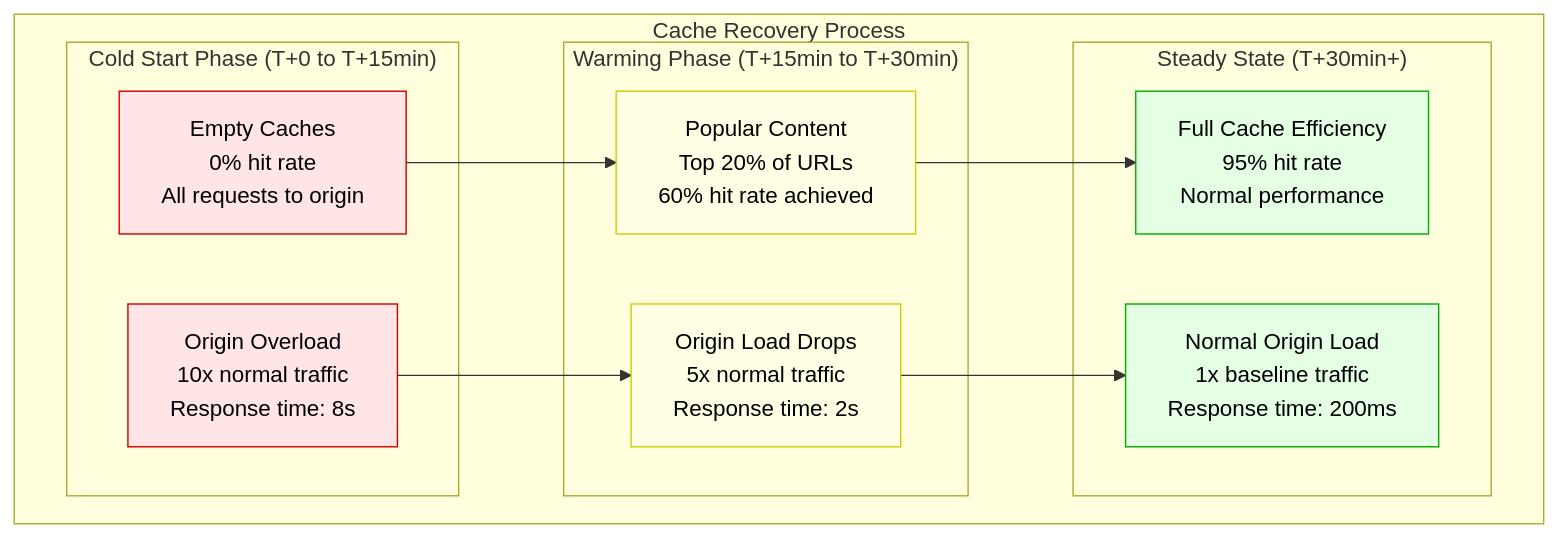
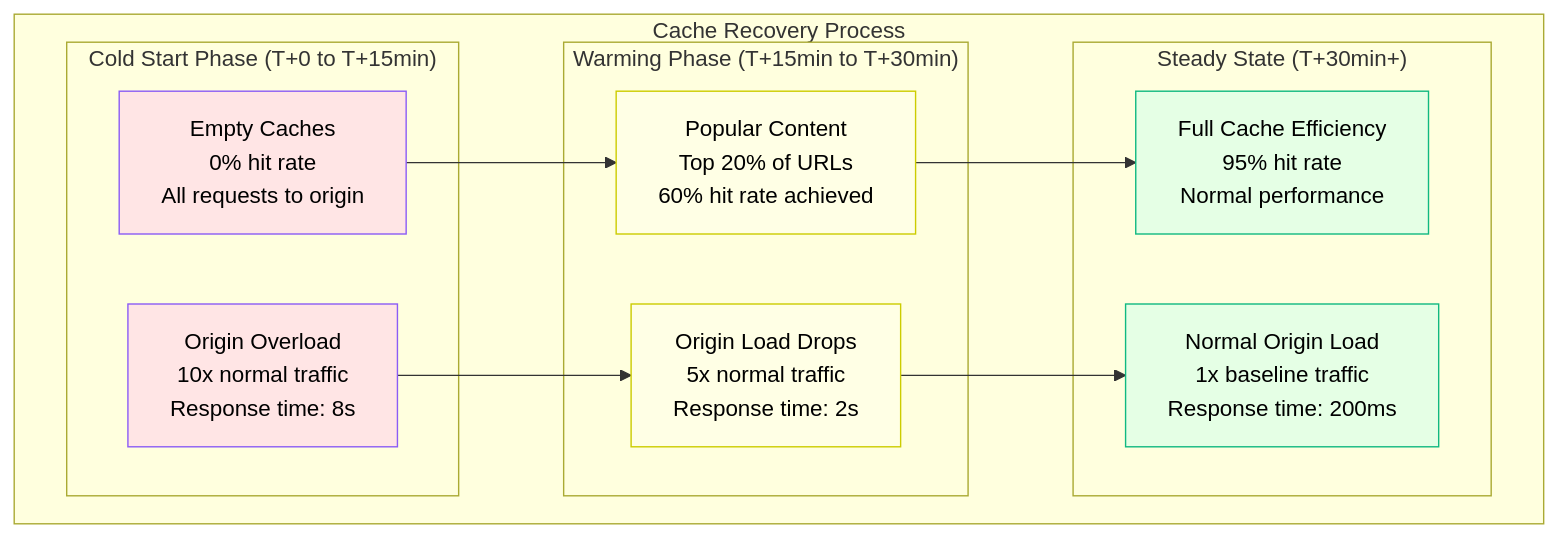
One commit to deepaucksharma/DS changed the third of 3 diagrams in site/docs/incidents/fastly-2021.md. Above: the diagram before and after it, drawn with Mermaid. The commit also changed other lines of this file and 303 other files, not shown here.

````diff
--- a/site/docs/incidents/fastly-2021.md
+++ b/site/docs/incidents/fastly-2021.md
@@ -406,33 +406,33 @@
 ```mermaid
 graph TB
     subgraph CacheRecovery["Cache Recovery Process"]
 
         subgraph ColdStart["Cold Start Phase (T+0 to T+15min)"]
             ColdCache["Empty Caches<br/>0% hit rate<br/>All requests to origin"]
             OriginOverload["Origin Overload<br/>10x normal traffic<br/>Response time: 8s"]
         end
 
         subgraph WarmingPhase["Warming Phase (T+15min to T+30min)"]
             PopularContent["Popular Content<br/>Top 20% of URLs<br/>60% hit rate achieved"]
             ReducedLoad["Origin Load Drops<br/>5x normal traffic<br/>Response time: 2s"]
         end
 
         subgraph SteadyState["Steady State (T+30min+)"]
             FullCache["Full Cache Efficiency<br/>95% hit rate<br/>Normal performance"]
             NormalLoad["Normal Origin Load<br/>1x baseline traffic<br/>Response time: 200ms"]
         end
 
         ColdCache --> PopularContent
         OriginOverload --> ReducedLoad
         PopularContent --> FullCache
         ReducedLoad --> NormalLoad
     end
 
-    classDef coldStyle fill:#FFE5E5,stroke:#CC0000,color:#000
+    classDef coldStyle fill:#FFE5E5,stroke:#8B5CF6,color:#000
     classDef warmStyle fill:#FFFFE5,stroke:#CCCC00,color:#000
-    classDef steadyStyle fill:#E5FFE5,stroke:#00AA00,color:#000
+    classDef steadyStyle fill:#E5FFE5,stroke:#10B981,color:#000
 
     class ColdCache,OriginOverload coldStyle
     class PopularContent,ReducedLoad warmStyle
     class FullCache,NormalLoad steadyStyle
 ```
````
